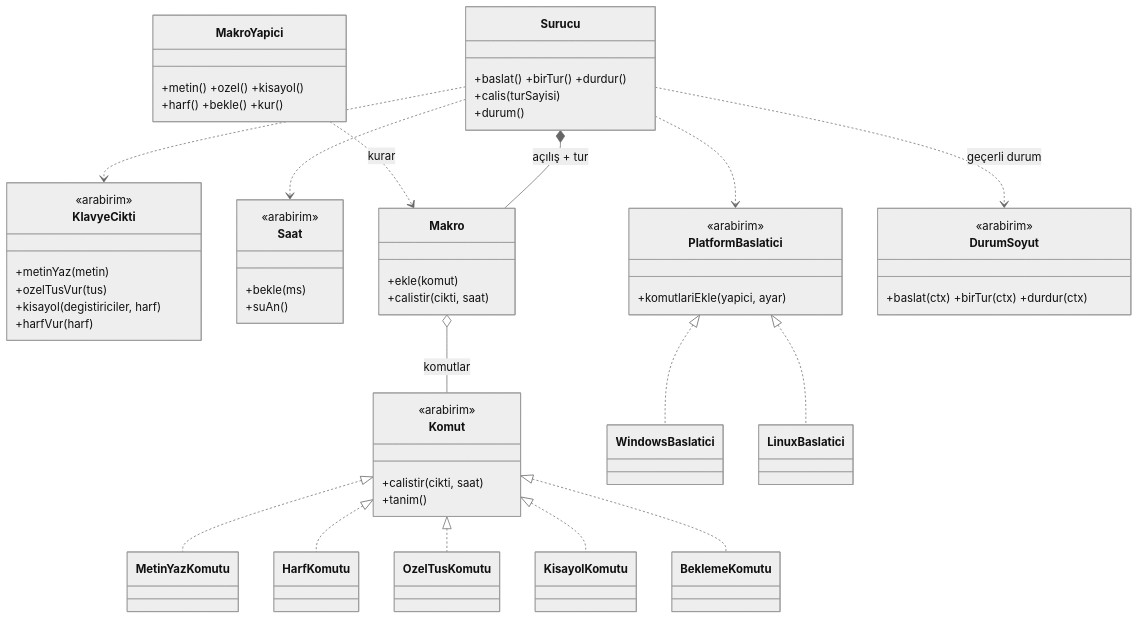
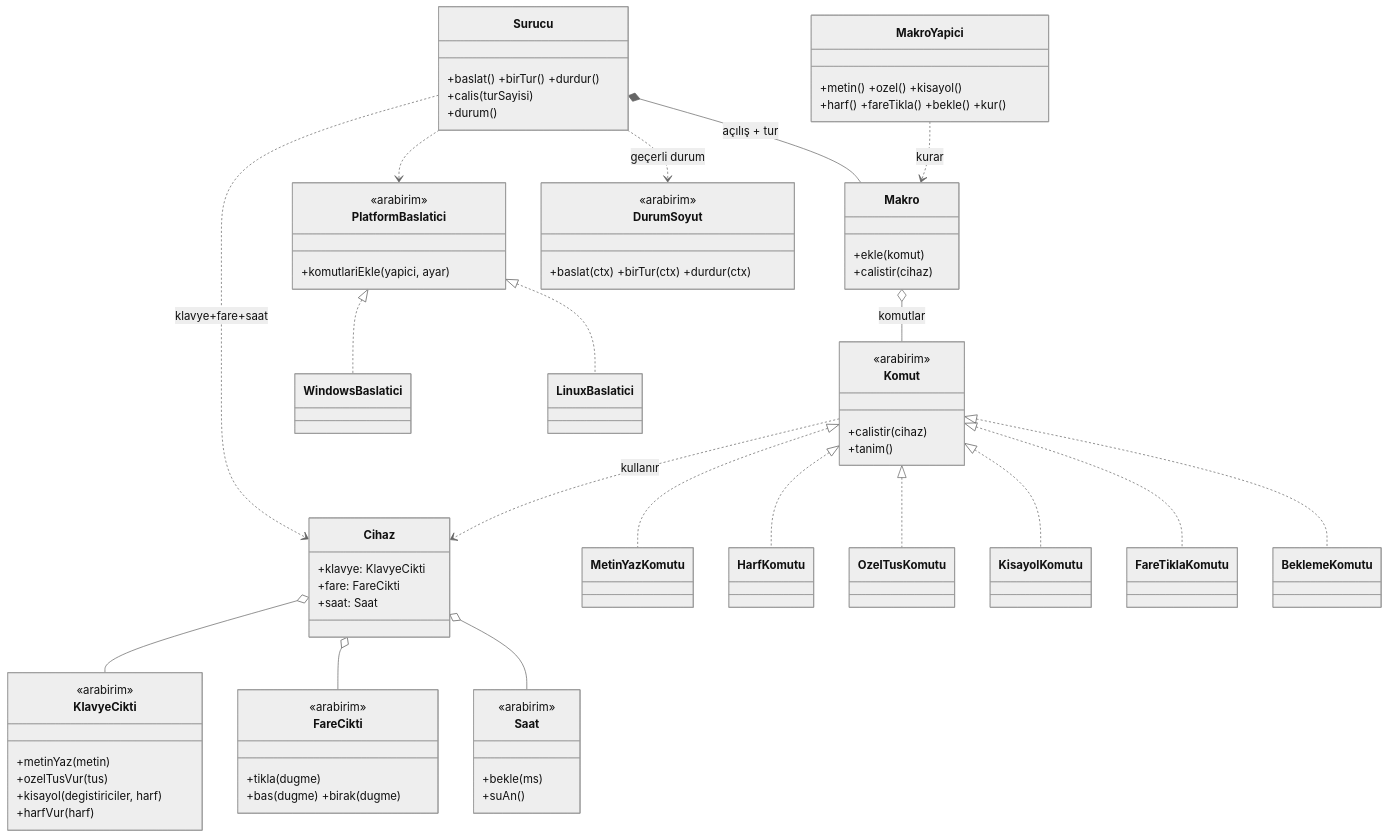
The second of 4 diagrams in odev2-usb-klavye/belgeler/tasarim.md (Baki-B/YZM327-Odevler), drawn with Mermaid (neutral theme) before and after one commit. The commit also changed other lines of this file and 23 other files, not shown here.

````diff
--- a/odev2-usb-klavye/belgeler/tasarim.md
+++ b/odev2-usb-klavye/belgeler/tasarim.md
@@ -54,58 +60,72 @@
 ```mermaid
 classDiagram
     class KlavyeCikti {
         <<arabirim>>
         +metinYaz(metin)
         +ozelTusVur(tus)
         +kisayol(degistiriciler, harf)
         +harfVur(harf)
     }
+    class FareCikti {
+        <<arabirim>>
+        +tikla(dugme)
+        +bas(dugme) +birak(dugme)
+    }
     class Saat {
         <<arabirim>>
         +bekle(ms)
         +suAn()
     }
+    class Cihaz {
+        +klavye: KlavyeCikti
+        +fare: FareCikti
+        +saat: Saat
+    }
     class Komut {
         <<arabirim>>
-        +calistir(cikti, saat)
+        +calistir(cihaz)
         +tanim()
     }
     class Makro {
         +ekle(komut)
-        +calistir(cikti, saat)
+        +calistir(cihaz)
     }
     class MakroYapici {
         +metin() +ozel() +kisayol()
-        +harf() +bekle() +kur()
+        +harf() +fareTikla() +bekle() +kur()
     }
     class PlatformBaslatici {
         <<arabirim>>
         +komutlariEkle(yapici, ayar)
     }
     class WindowsBaslatici
     class LinuxBaslatici
     class DurumSoyut {
         <<arabirim>>
         +baslat(ctx) +birTur(ctx) +durdur(ctx)
     }
     class Surucu {
         +baslat() +birTur() +durdur()
         +calis(turSayisi)
         +durum()
     }
 
     Komut <|.. MetinYazKomutu
     Komut <|.. HarfKomutu
     Komut <|.. OzelTusKomutu
     Komut <|.. KisayolKomutu
+    Komut <|.. FareTiklaKomutu
     Komut <|.. BeklemeKomutu
+    Cihaz o-- KlavyeCikti
+    Cihaz o-- FareCikti
+    Cihaz o-- Saat
+    Komut ..> Cihaz : kullanır
     Makro o-- Komut : komutlar
     MakroYapici ..> Makro : kurar
     PlatformBaslatici <|.. WindowsBaslatici
     PlatformBaslatici <|.. LinuxBaslatici
-    Surucu ..> KlavyeCikti
-    Surucu ..> Saat
+    Surucu ..> Cihaz : klavye+fare+saat
     Surucu ..> PlatformBaslatici
     Surucu *-- Makro : açılış + tur
     Surucu ..> DurumSoyut : geçerli durum
 ```
````
